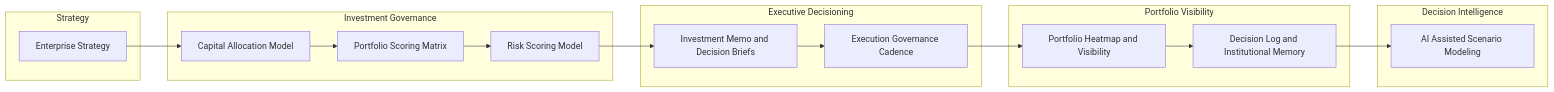
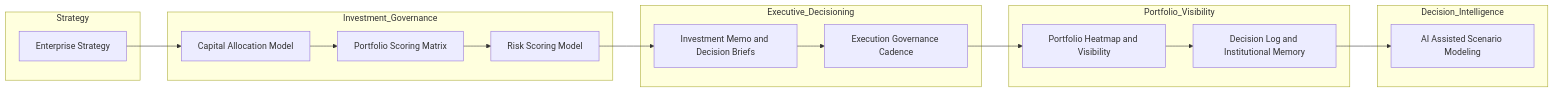
Before and after one commit to ChuckFerrando/enterprise-product-operating-model: the diagram in README.md, drawn with Mermaid. The commit also changed other lines of this file, not shown here.

````diff
--- a/README.md
+++ b/README.md
@@ -26,28 +26,36 @@
 ```mermaid
 flowchart LR
-  subgraph Strategy
+
+subgraph Strategy
     A[Enterprise Strategy]
-  end
+end
 
-  subgraph Investment Governance
+subgraph Investment_Governance
     B[Capital Allocation Model]
     C[Portfolio Scoring Matrix]
     D[Risk Scoring Model]
-  end
+end
 
-  subgraph Executive Decisioning
+subgraph Executive_Decisioning
     E[Investment Memo and Decision Briefs]
     F[Execution Governance Cadence]
-  end
+end
 
-  subgraph Portfolio Visibility
+subgraph Portfolio_Visibility
     G[Portfolio Heatmap and Visibility]
     H[Decision Log and Institutional Memory]
-  end
+end
 
-  subgraph Decision Intelligence
+subgraph Decision_Intelligence
     I[AI Assisted Scenario Modeling]
-  end
+end
 
-  A --> B --> C --> D --> E --> F --> G --> H --> I
+A --> B
+B --> C
+C --> D
+D --> E
+E --> F
+F --> G
+G --> H
+H --> I
 ```
````
